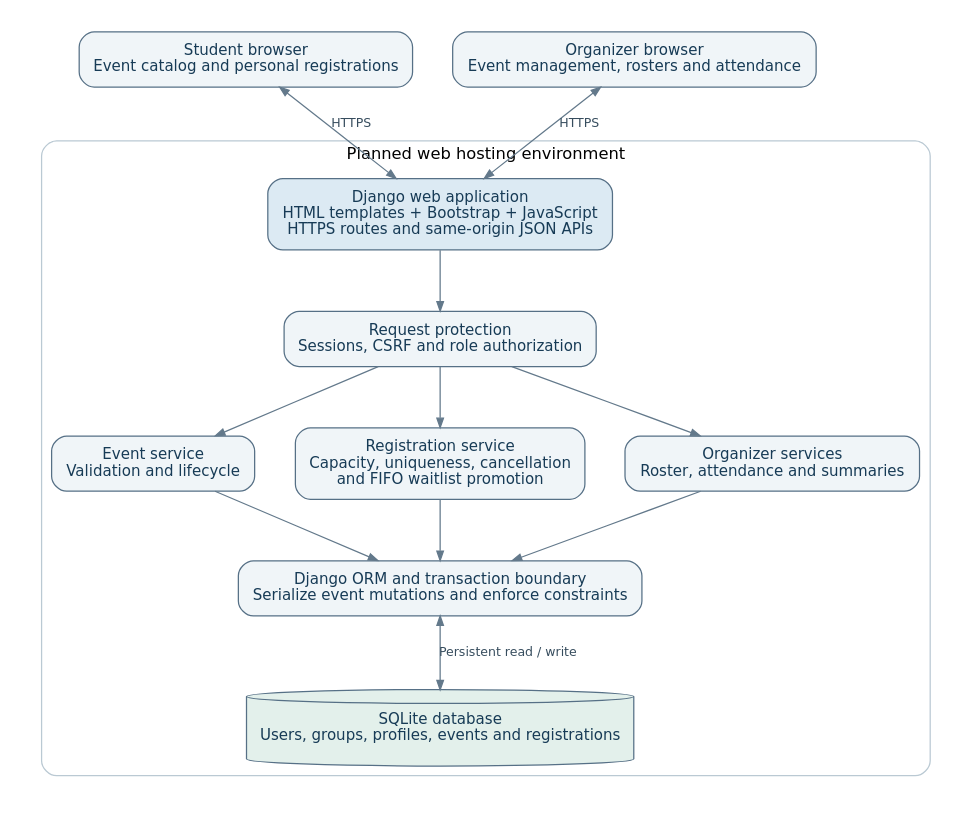
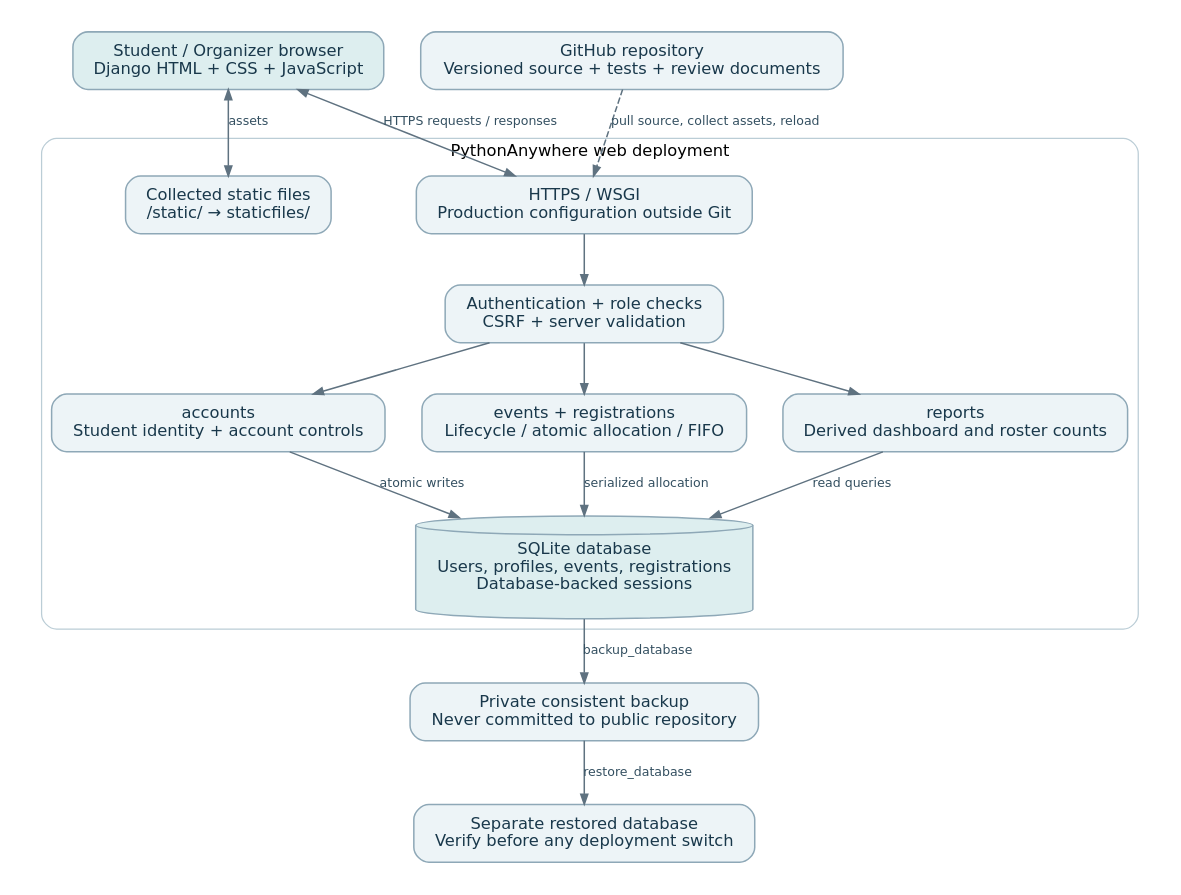
Before and after one commit to alamshahriya1-cpu/campus-event-management: the diagram in docs/diagrams/source/01_system_architecture.dot, drawn with Graphviz. The commit also changed 60 other files, not shown here.

Commit message:
Update SRS RTM diagrams and requirements completion report

```diff
--- a/docs/diagrams/source/01_system_architecture.dot
+++ b/docs/diagrams/source/01_system_architecture.dot
@@ -1,21 +1,40 @@
-digraph Architecture {
-graph [bgcolor="white", fontname="DejaVu Sans", pad="0.25", nodesep="0.45", ranksep="0.65"];
-node [fontname="DejaVu Sans", fontsize=12, color="#567086", fontcolor="#173B56", style="rounded,filled", fillcolor="#F0F5F8", shape=box, margin="0.16,0.12"];
-edge [fontname="DejaVu Sans", fontsize=10, color="#63798B", fontcolor="#374D5E", arrowsize=0.75];
+digraph G {
+graph [bgcolor="white", pad="0.25", nodesep="0.40", ranksep="0.55", fontname="DejaVu Sans", fontsize=13];
+node [shape=box, style="rounded,filled", fillcolor="#EDF4F7", color="#8EA8B7", fontcolor="#19384B", fontname="DejaVu Sans", fontsize=13, margin="0.20,0.13", penwidth=1.2];
+edge [color="#5F7280", fontcolor="#334F60", fontname="DejaVu Sans", fontsize=10, arrowsize=0.8, penwidth=1.2];
 rankdir=TB;
-students [label="Student browser\nEvent catalog and personal registrations"];
-organizers [label="Organizer browser\nEvent management, rosters and attendance"];
-{rank=same;students;organizers;}
-subgraph cluster_host {label="Planned web hosting environment";fontname="DejaVu Sans";fontsize=13;color="#BAC9D3";style=rounded;
-web [label="Django web application\nHTML templates + Bootstrap + JavaScript\nHTTPS routes and same-origin JSON APIs",fillcolor="#DCEAF3"];
-auth [label="Request protection\nSessions, CSRF and role authorization"];
-events [label="Event service\nValidation and lifecycle"];
-registration [label="Registration service\nCapacity, uniqueness, cancellation\nand FIFO waitlist promotion"];
-reports [label="Organizer services\nRoster, attendance and summaries"];
-{rank=same;events;registration;reports;}
-orm [label="Django ORM and transaction boundary\nSerialize event mutations and enforce constraints"];
-db [label="SQLite database\nUsers, groups, profiles, events and registrations",shape=cylinder,fillcolor="#E3F0EB"];
-web -> auth;auth -> events;auth -> registration;auth -> reports;
-events -> orm;registration -> orm;reports -> orm;orm -> db [label="Persistent read / write",dir=both];}
-students -> web [label="HTTPS",dir=both];organizers -> web [label="HTTPS",dir=both];
+browser [label="Student / Organizer browser
+Django HTML + CSS + JavaScript",fillcolor="#DDEEEF"];
+repo [label="GitHub repository
+Versioned source + tests + review documents"];
+subgraph cluster_host {label="PythonAnywhere web deployment"; color="#BBCDD6"; style="rounded";
+ gateway [label="HTTPS / WSGI
+Production configuration outside Git"];
+ static [label="Collected static files
+/static/ → staticfiles/"];
+ auth [label="Authentication + role checks
+CSRF + server validation"];
+ accounts [label="accounts
+Student identity + account controls"];
+ events [label="events + registrations
+Lifecycle / atomic allocation / FIFO"];
+ reports [label="reports
+Derived dashboard and roster counts"];
+ db [shape=cylinder,label="SQLite database
+Users, profiles, events, registrations
+Database-backed sessions",fillcolor="#DDEEEF"];
+ gateway -> auth; auth -> accounts; auth -> events; auth -> reports;
+ accounts -> db [label="atomic writes"];
+ events -> db [label="serialized allocation"];
+ reports -> db [label="read queries"];
 }
+backup [label="Private consistent backup
+Never committed to public repository"];
+restore [label="Separate restored database
+Verify before any deployment switch"];
+browser -> gateway [label="HTTPS requests / responses",dir=both];
+browser -> static [label="assets",dir=both];
+repo -> gateway [label="pull source, collect assets, reload",style=dashed];
+db -> backup [label="backup_database"];
+backup -> restore [label="restore_database"];
+}
```
